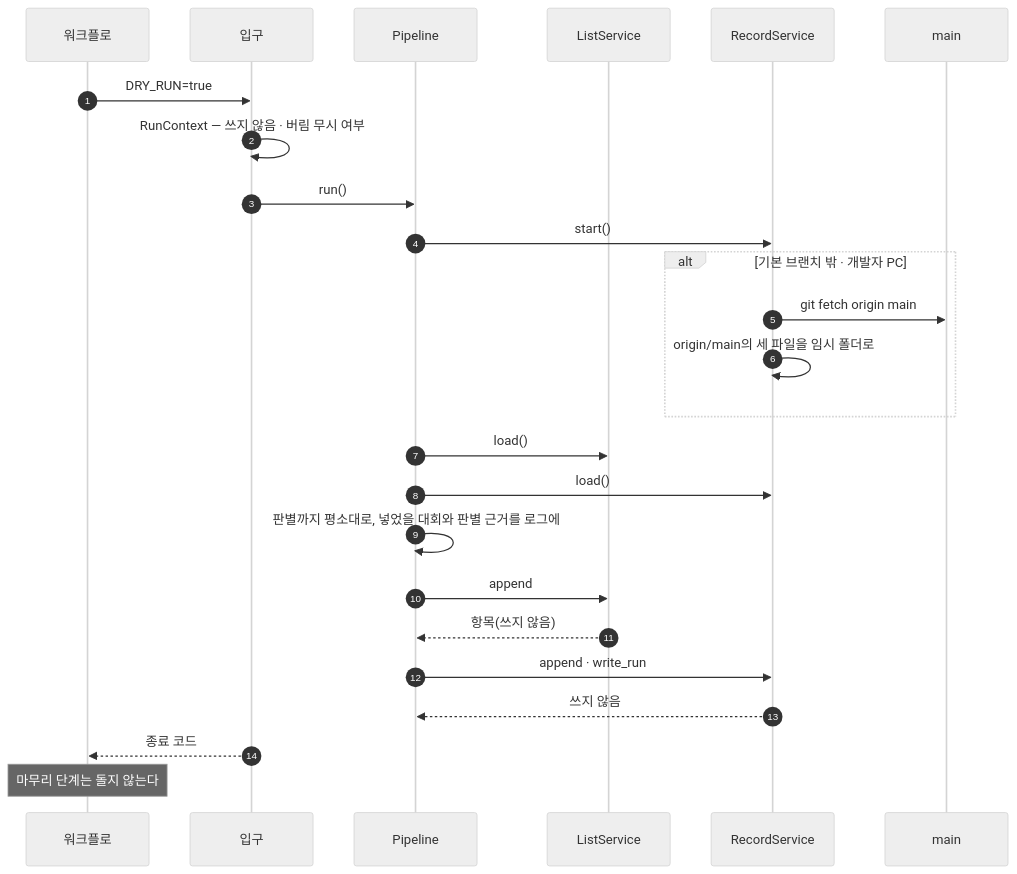
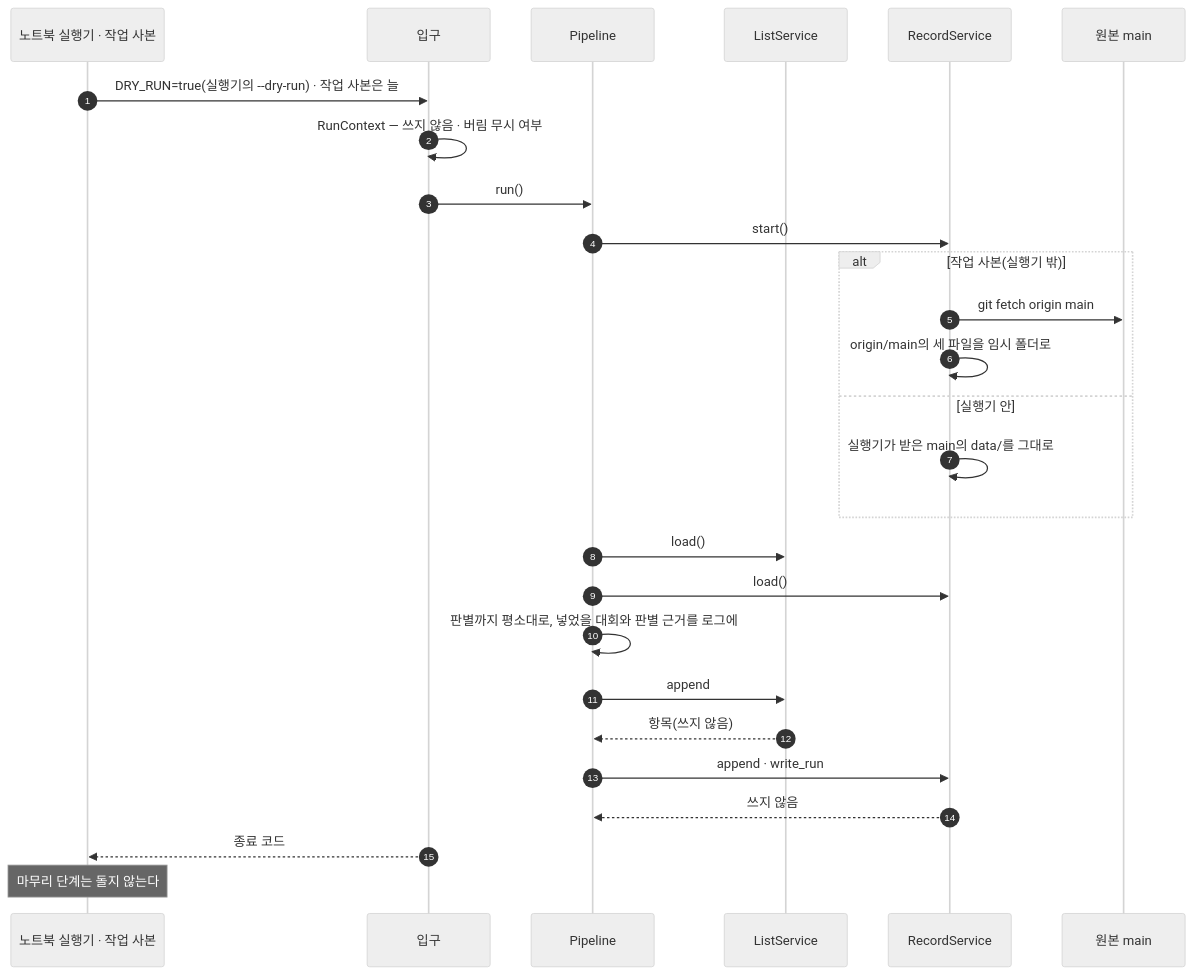
The eighth of 11 diagrams in docs/specs/09-SEQ/CCR-SEQ-001.md (HoyoungParkme/competition-crawler), drawn with Mermaid (neutral theme) before and after one commit. The commit also changed other lines of this file, not shown here.

First line of the commit message:
spec(CCR-SEQ-001): SEQ-1·7·8·10·11을 노트북 실행기와 페이지 서버로, SEQ-12를 폐기한다

````diff
--- a/docs/specs/09-SEQ/CCR-SEQ-001.md
+++ b/docs/specs/09-SEQ/CCR-SEQ-001.md
@@ -347,27 +364,29 @@
 ```mermaid
 sequenceDiagram
     autonumber
-    participant WF as 워크플로
+    participant DS as 노트북 실행기 · 작업 사본
     participant M as 입구
     participant P as Pipeline
     participant LS as ListService
     participant RS as RecordService
-    participant G as main
-    WF->>M: DRY_RUN=true
+    participant G as 원본 main
+    DS->>M: DRY_RUN=true(실행기의 --dry-run) · 작업 사본은 늘
     M->>M: RunContext — 쓰지 않음 · 버림 무시 여부
     M->>P: run()
     P->>RS: start()
-    alt 기본 브랜치 밖 · 개발자 PC
+    alt 작업 사본(실행기 밖)
         RS->>G: git fetch origin main
         RS->>RS: origin/main의 세 파일을 임시 폴더로
+    else 실행기 안
+        RS->>RS: 실행기가 받은 main의 data/를 그대로
     end
     P->>LS: load()
     P->>RS: load()
     P->>P: 판별까지 평소대로, 넣었을 대회와 판별 근거를 로그에
     P->>LS: append
     LS-->>P: 항목(쓰지 않음)
     P->>RS: append · write_run
     RS-->>P: 쓰지 않음
-    M-->>WF: 종료 코드
-    Note over WF: 마무리 단계는 돌지 않는다
+    M-->>DS: 종료 코드
+    Note over DS: 마무리 단계는 돌지 않는다
 ```
````
